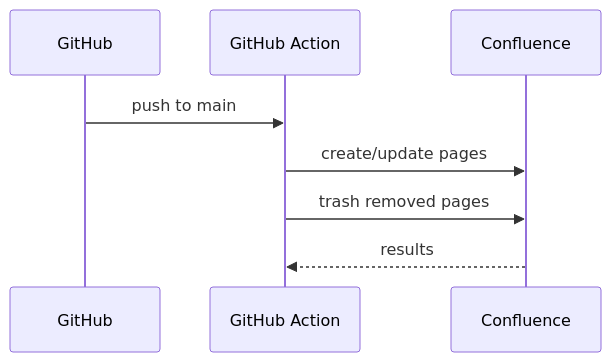
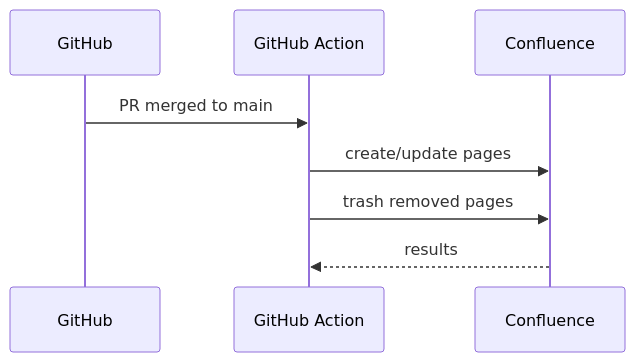
The diagram in docs/reference/api.md (huntermills707/confluence-docs-beta), drawn with Mermaid before and after one commit. The commit also changed other lines of this file and 7 other files, not shown here.

````diff
--- a/docs/reference/api.md
+++ b/docs/reference/api.md
@@ -10,10 +9,10 @@
 ```mermaid
 sequenceDiagram
     participant GH as GitHub
     participant GA as GitHub Action
     participant CF as Confluence
-    GH->>GA: push to main
+    GH->>GA: PR merged to main
     GA->>CF: create/update pages
     GA->>CF: trash removed pages
     CF-->>GA: results
 ```
````
